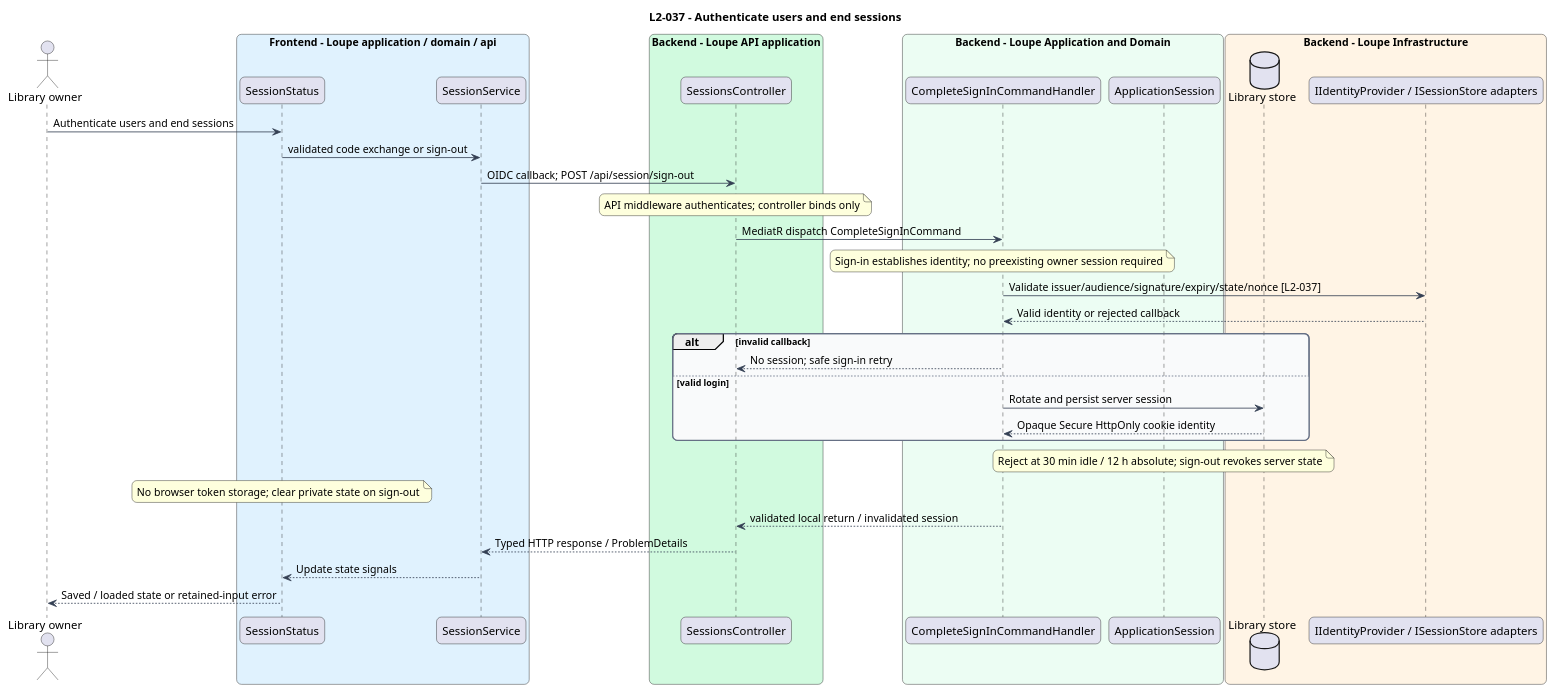
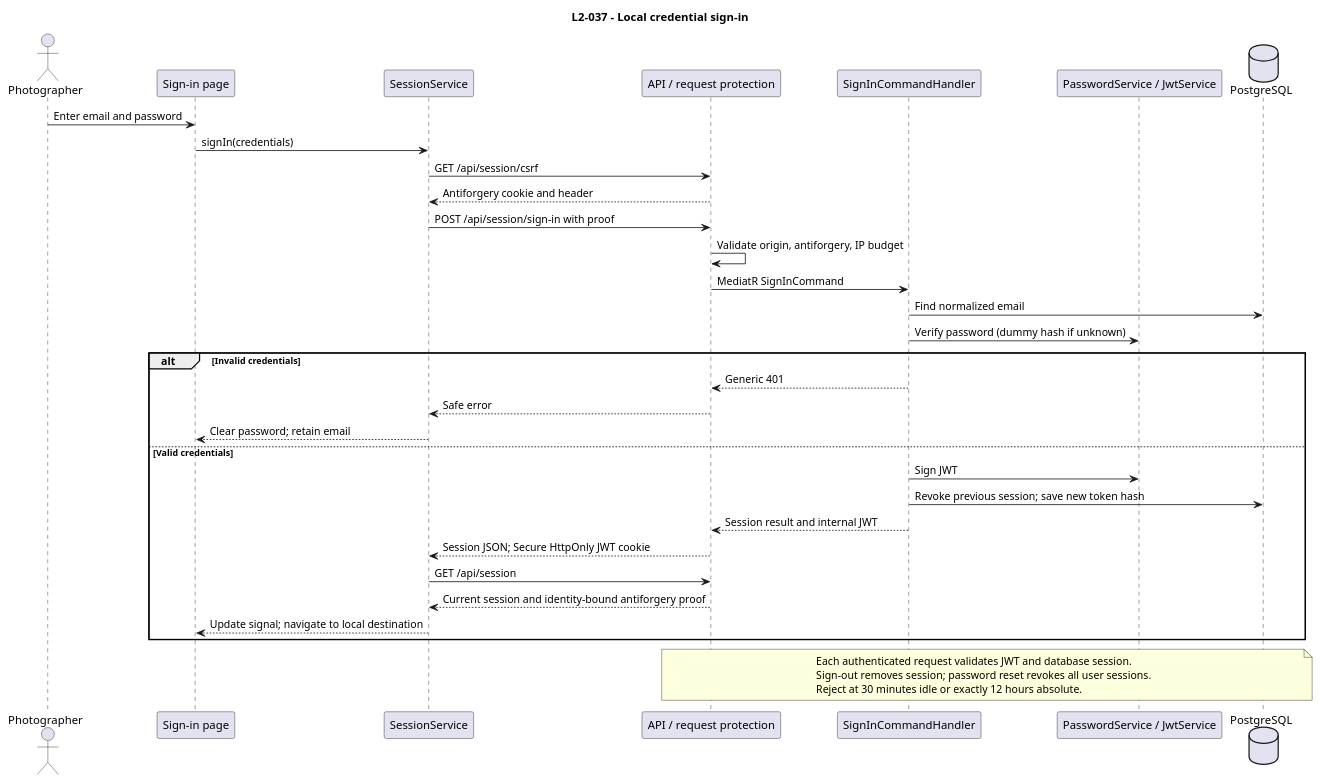
One commit to QuinntyneBrown/loupe changed the diagram in docs/detailed-designs/security/access-private-library/diagrams/sequence-037.puml. Above: the diagram before and after it, drawn with PlantUML. The commit also changed 122 other files, not shown here.

Commit message:
Replace external authentication with local accounts and JWT sessions

```diff
--- a/docs/detailed-designs/security/access-private-library/diagrams/sequence-037.puml
+++ b/docs/detailed-designs/security/access-private-library/diagrams/sequence-037.puml
@@ -1,54 +1,37 @@
 @startuml
-title L2-037 - Authenticate users and end sessions
-skinparam backgroundColor #FFFFFF
-skinparam shadowing false
-skinparam roundcorner 12
-skinparam defaultFontName Arial
-skinparam ArrowColor #344054
-skinparam rectangle {
-  BorderColor #344054
-  FontColor #101828
-}
-skinparam package {
-  BorderColor #667085
-  FontColor #101828
-  BackgroundColor #F9FAFB
-}
-
-actor "Library owner" as actor
-box "Frontend - Loupe application / domain / api" #E0F2FE
-participant "SessionStatus" as page
-participant "SessionService" as client
-end box
-box "Backend - Loupe API application" #D1FADF
-participant "SessionsController" as controller
-end box
-box "Backend - Loupe Application and Domain" #ECFDF3
-participant "CompleteSignInCommandHandler" as handler
-participant "ApplicationSession" as entity
-end box
-box "Backend - Loupe Infrastructure" #FFF4E5
-database "Library store" as db
-participant "IIdentityProvider / ISessionStore adapters" as ext
-end box
-actor -> page : Authenticate users and end sessions
-page -> client : validated code exchange or sign-out
-client -> controller : OIDC callback; POST /api/session/sign-out
-note over controller : API middleware authenticates; controller binds only
-controller -> handler : MediatR dispatch CompleteSignInCommand
-note over handler : Sign-in establishes identity; no preexisting owner session required
-handler -> ext : Validate issuer/audience/signature/expiry/state/nonce [L2-037]
-ext --> handler : Valid identity or rejected callback
-alt invalid callback
-handler --> controller : No session; safe sign-in retry
-else valid login
-handler -> db : Rotate and persist server session
-db --> handler : Opaque Secure HttpOnly cookie identity
+title L2-037 - Local credential sign-in
+actor Photographer
+participant "Sign-in page" as page
+participant SessionService as client
+participant "API / request protection" as api
+participant SignInCommandHandler as handler
+participant "PasswordService / JwtService" as crypto
+database PostgreSQL as db
+Photographer -> page : Enter email and password
+page -> client : signIn(credentials)
+client -> api : GET /api/session/csrf
+api --> client : Antiforgery cookie and header
+client -> api : POST /api/session/sign-in with proof
+api -> api : Validate origin, antiforgery, IP budget
+api -> handler : MediatR SignInCommand
+handler -> db : Find normalized email
+handler -> crypto : Verify password (dummy hash if unknown)
+alt Invalid credentials
+handler --> api : Generic 401
+api --> client : Safe error
+client --> page : Clear password; retain email
+else Valid credentials
+handler -> crypto : Sign JWT
+handler -> db : Revoke previous session; save new token hash
+handler --> api : Session result and internal JWT
+api --> client : Session JSON; Secure HttpOnly JWT cookie
+client -> api : GET /api/session
+api --> client : Current session and identity-bound antiforgery proof
+client --> page : Update signal; navigate to local destination
 end
-note over entity : Reject at 30 min idle / 12 h absolute; sign-out revokes server state
-note over page : No browser token storage; clear private state on sign-out
-handler --> controller : validated local return / invalidated session
-controller --> client : Typed HTTP response / ProblemDetails
-client --> page : Update state signals
-page --> actor : Saved / loaded state or retained-input error
+note over api,db
+Each authenticated request validates JWT and database session.
+Sign-out removes session; password reset revokes all user sessions.
+Reject at 30 minutes idle or exactly 12 hours absolute.
+end note
 @enduml
```
